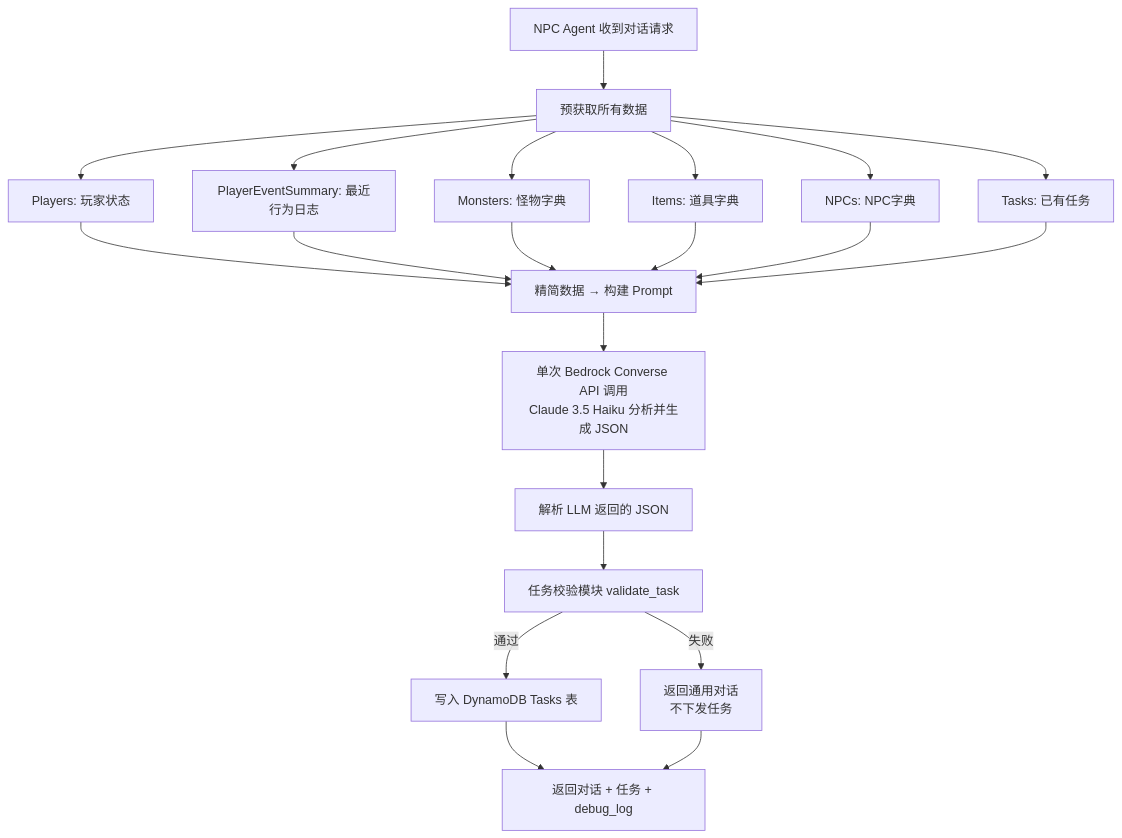
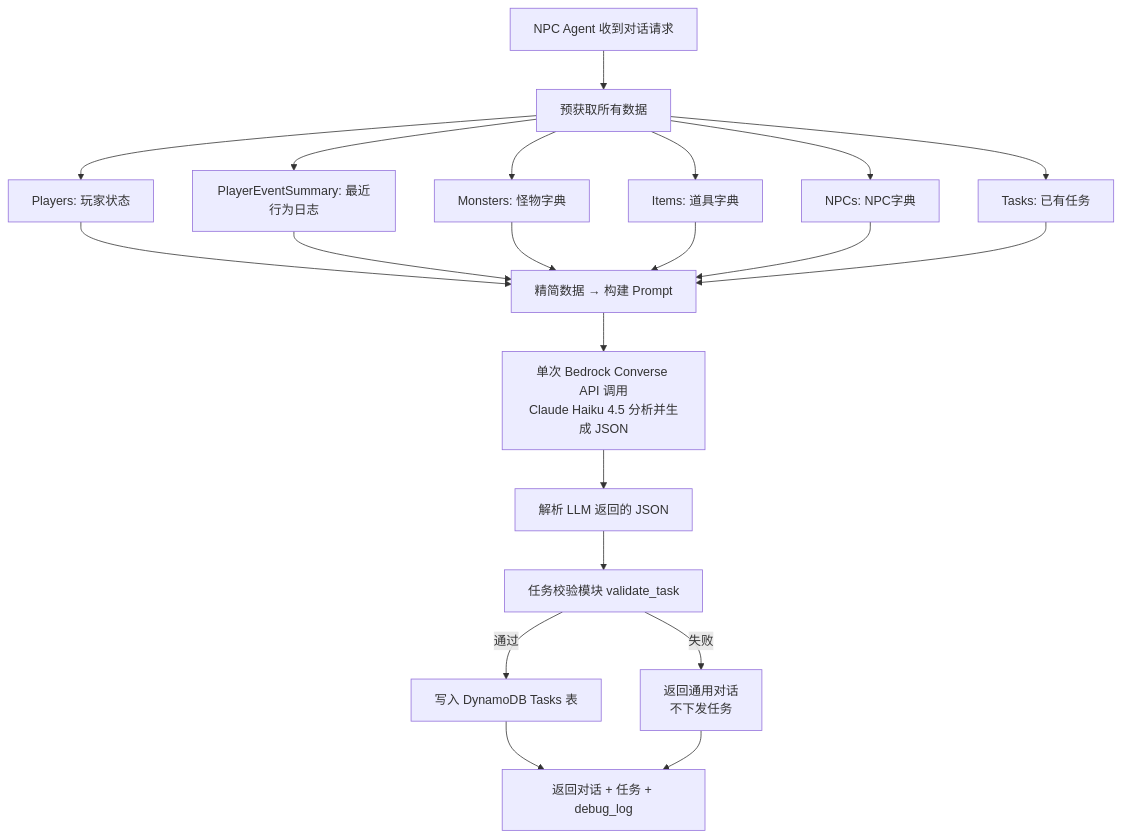
Before and after one commit to malphi/game-demo: the seventh of 10 diagrams in design.md, drawn with Mermaid. The commit also changed other lines of this file and 6 other files, not shown here.

````diff
--- a/design.md
+++ b/design.md
@@ -603,20 +620,20 @@
 ```mermaid
 flowchart TD
     START[NPC Agent 收到对话请求] --> PREFETCH[预获取所有数据]
     PREFETCH --> F1[Players: 玩家状态]
     PREFETCH --> F2[PlayerEventSummary: 最近行为日志]
     PREFETCH --> F3[Monsters: 怪物字典]
     PREFETCH --> F4[Items: 道具字典]
     PREFETCH --> F5[NPCs: NPC字典]
     PREFETCH --> F6[Tasks: 已有任务]
 
     F1 & F2 & F3 & F4 & F5 & F6 --> BUILD[精简数据 → 构建 Prompt]
-    BUILD --> LLM[单次 Bedrock Converse API 调用<br/>Claude 3.5 Haiku 分析并生成 JSON]
+    BUILD --> LLM[单次 Bedrock Converse API 调用<br/>Claude Haiku 4.5 分析并生成 JSON]
 
     LLM --> PARSE[解析 LLM 返回的 JSON]
     PARSE --> VALIDATE[任务校验模块 validate_task]
     VALIDATE -->|通过| WRITE[写入 DynamoDB Tasks 表]
     VALIDATE -->|失败| FALLBACK[返回通用对话<br/>不下发任务]
     WRITE --> RESPONSE[返回对话 + 任务 + debug_log]
     FALLBACK --> RESPONSE
 ```
````
